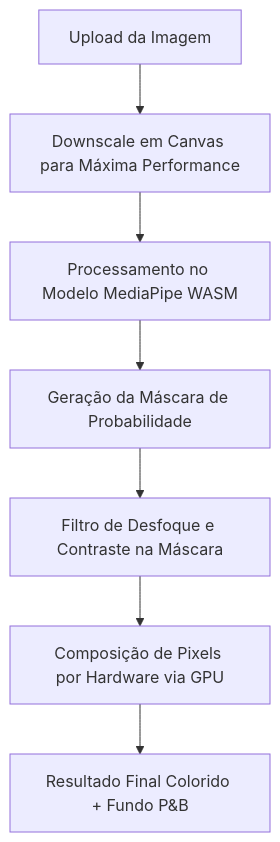
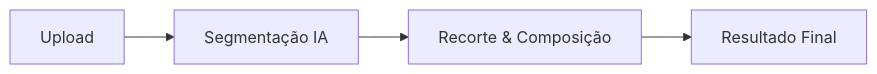
The diagram in projeto_colorpop.md (bersou/colorpop-pwa), drawn with Mermaid before and after one commit. The commit also changed other lines of this file, not shown here.

````diff
--- a/projeto_colorpop.md
+++ b/projeto_colorpop.md
@@ -31,9 +20,4 @@
 ```mermaid
-graph TD
-    A[Upload da Imagem] --> B[Downscale em Canvas para Máxima Performance]
-    B --> C[Processamento no Modelo MediaPipe WASM]
-    C --> D[Geração da Máscara de Probabilidade]
-    D --> E[Filtro de Desfoque e Contraste na Máscara]
-    E --> F[Composição de Pixels por Hardware via GPU]
-    F --> G[Resultado Final Colorido + Fundo P&B]
+graph LR
+    A[Upload] --> B[Segmentação IA] --> C[Recorte & Composição] --> D[Resultado Final]
 ```
````
